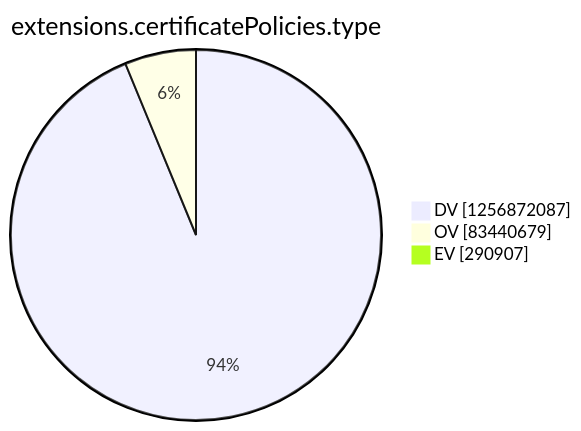
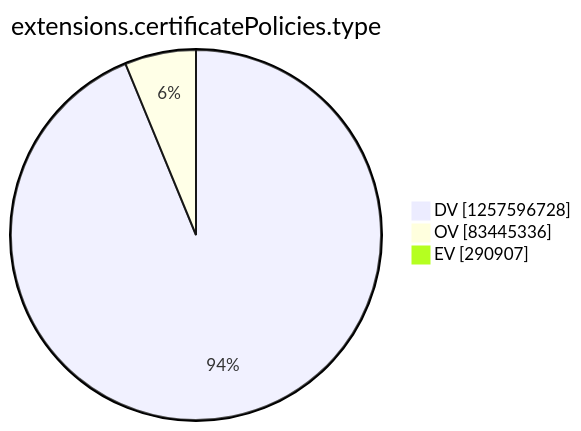
The tenth of 15 diagrams in argon2022/README.md (christiankrug/ctmonitor_visualization), drawn with Mermaid before and after one commit. The commit also changed other lines of this file, not shown here.

````diff
--- a/argon2022/README.md
+++ b/argon2022/README.md
@@ -2771,7 +2771,7 @@
 ```mermaid
 pie showData
 title extensions.certificatePolicies.type
-"DV" :1256872087
-"OV" :83440679
+"DV" :1257596728
+"OV" :83445336
 "EV" :290907
 ```
````
